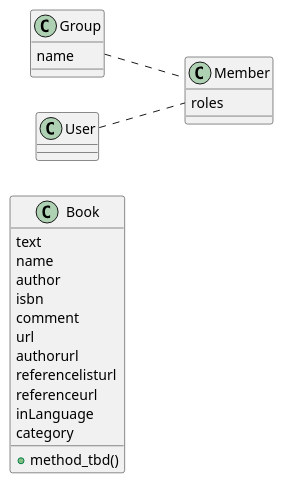
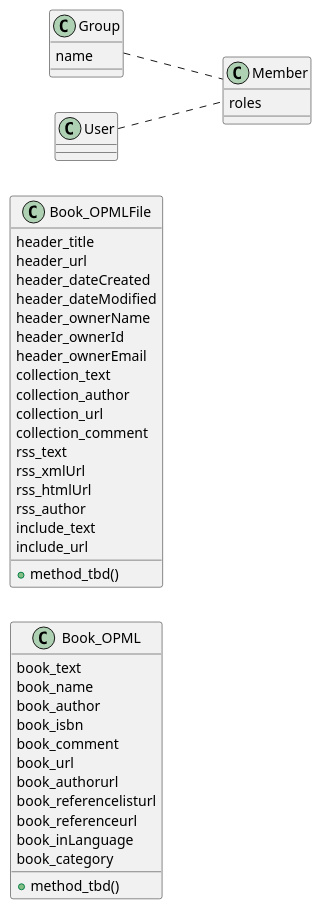
One commit to andysylvester/federated-bookshelves changed the diagram in class-diagrams/example_uml_book_opml.iuml. Above: the diagram before and after it, drawn with PlantUML.

Commit message:
Update example_uml_book_opml.iuml
Split book OPML attributes into two classses (Book_OPML for a specific book, and Book_OPMLFile for attributes within an OPML file)

```diff
--- a/class-diagrams/example_uml_book_opml.iuml
+++ b/class-diagrams/example_uml_book_opml.iuml
@@ -1,28 +1,49 @@
 @startuml
 left to right direction
-class Book {
-  text
-  name
-  author
-  isbn
-  comment
-  url
-  authorurl
-  referencelisturl
-  referenceurl
-  inLanguage
-  category
+class Book_OPML {
+  book_text
+  book_name
+  book_author
+  book_isbn
+  book_comment
+  book_url
+  book_authorurl
+  book_referencelisturl
+  book_referenceurl
+  book_inLanguage
+  book_category
+  +method_tbd()
+}
+
+class Book_OPMLFile {
+  header_title
+  header_url
+  header_dateCreated
+  header_dateModified
+  header_ownerName
+  header_ownerId
+  header_ownerEmail
+  collection_text
+  collection_author
+  collection_url
+  collection_comment
+  rss_text
+  rss_xmlUrl
+  rss_htmlUrl
+  rss_author
+  include_text
+  include_url
   +method_tbd()
 }
 
 class Group {
   name
 }
 
 class Member {
   roles
 }
 
 User .. Member
 Group .. Member
 @enduml
```
